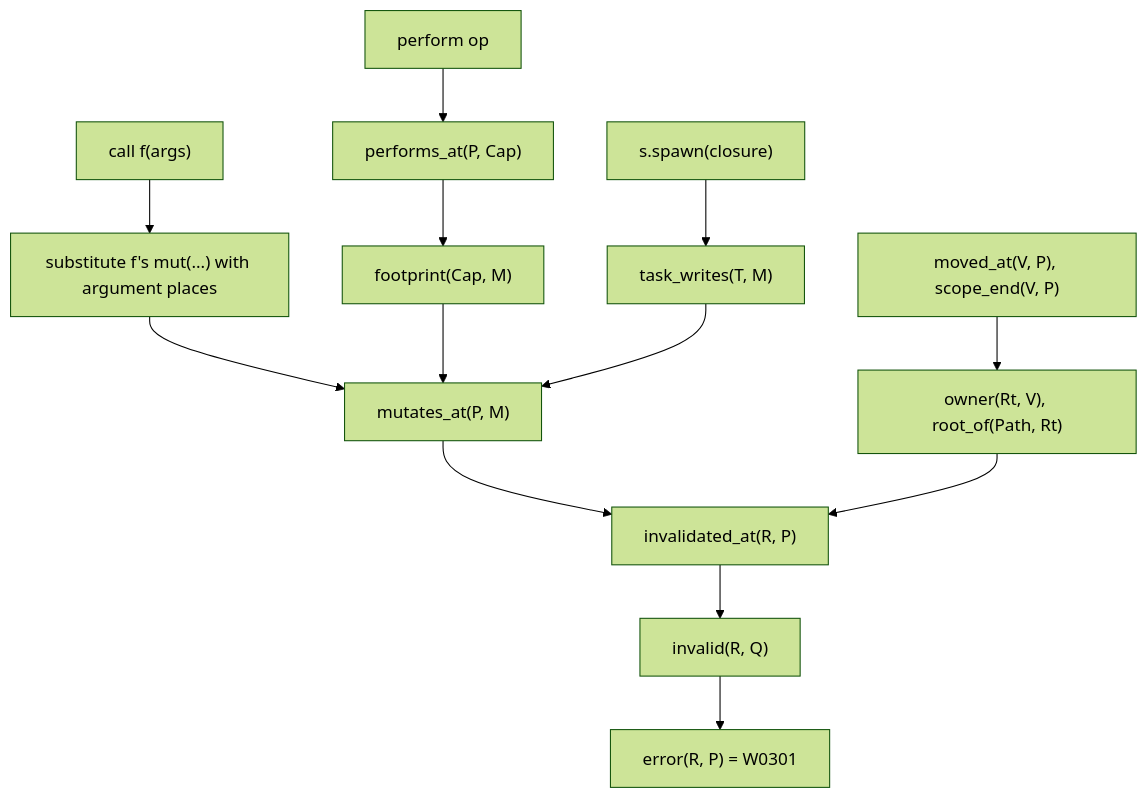
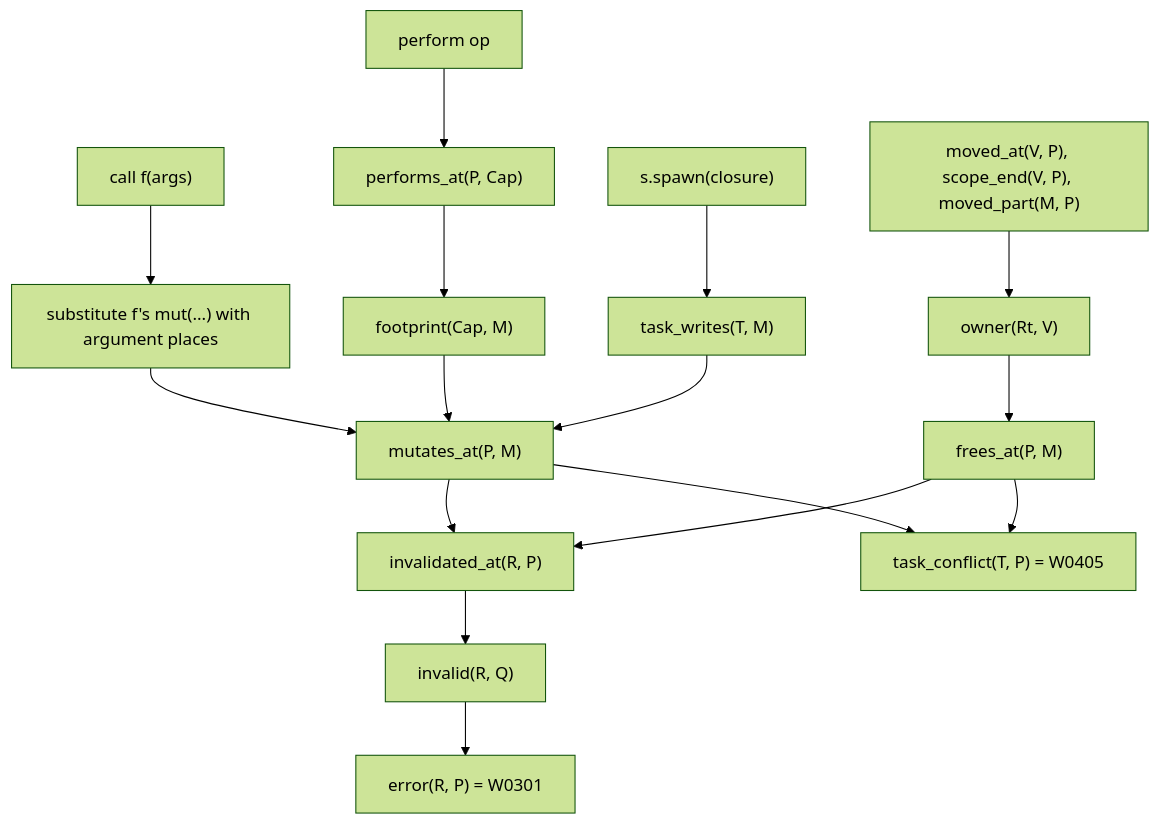
Before and after one commit to madmax983/weft: the second of 2 diagrams in docs/architecture.md, drawn with Mermaid (forest theme). The commit also changed other lines of this file and 14 other files, not shown here.

First line of the commit message:
Spec: a free conflicts with a task; a part move frees the part

````diff
--- a/docs/architecture.md
+++ b/docs/architecture.md
@@ -25,8 +25,10 @@
 ```mermaid
 flowchart TD
     call["call f(args)"] --> subst["substitute f's mut(...) with argument places"] --> mut["mutates_at(P, M)"]
     perform["perform op"] --> cap["performs_at(P, Cap)"] --> fp["footprint(Cap, M)"] --> mut
     spawn["s.spawn(closure)"] --> tw["task_writes(T, M)"] --> mut
     mut --> inv["invalidated_at(R, P)"] --> invalid["invalid(R, Q)"] --> err["error(R, P) = W0301"]
-    drop["moved_at(V, P), scope_end(V, P)"] --> own["owner(Rt, V), root_of(Path, Rt)"] --> inv
+    drop["moved_at(V, P), scope_end(V, P), moved_part(M, P)"] --> own["owner(Rt, V)"] --> frees["frees_at(P, M)"] --> inv
+    frees --> tc["task_conflict(T, P) = W0405"]
+    mut --> tc
 ```
````
